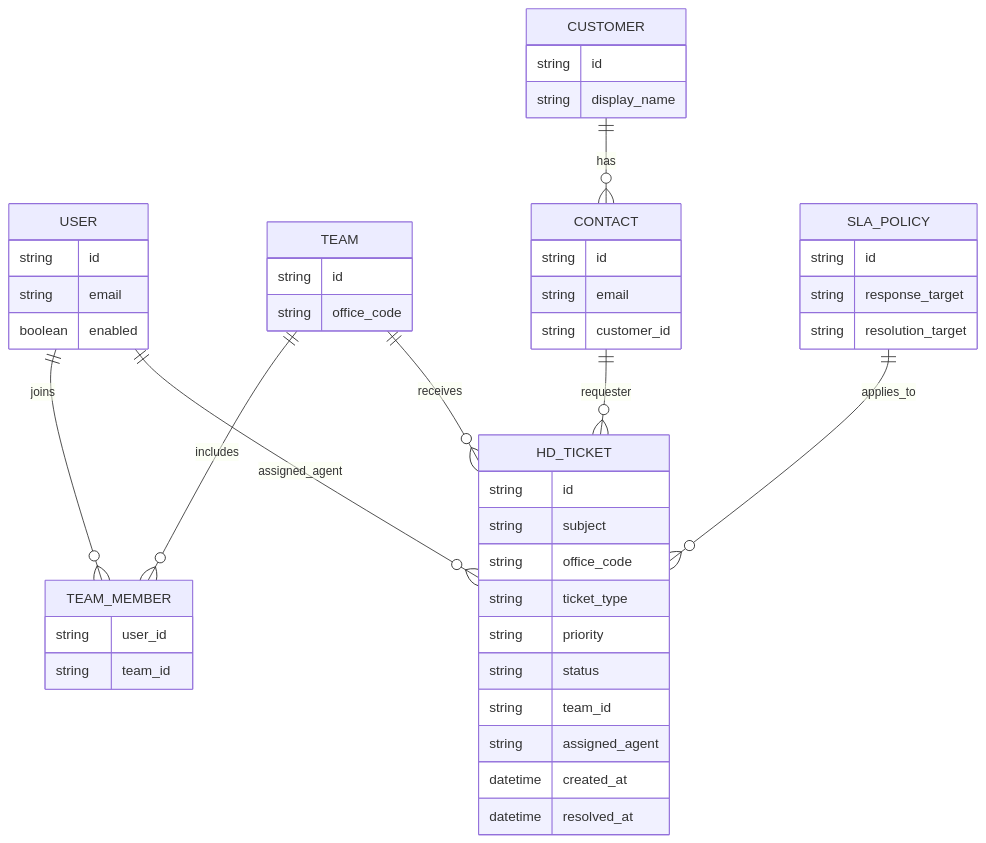
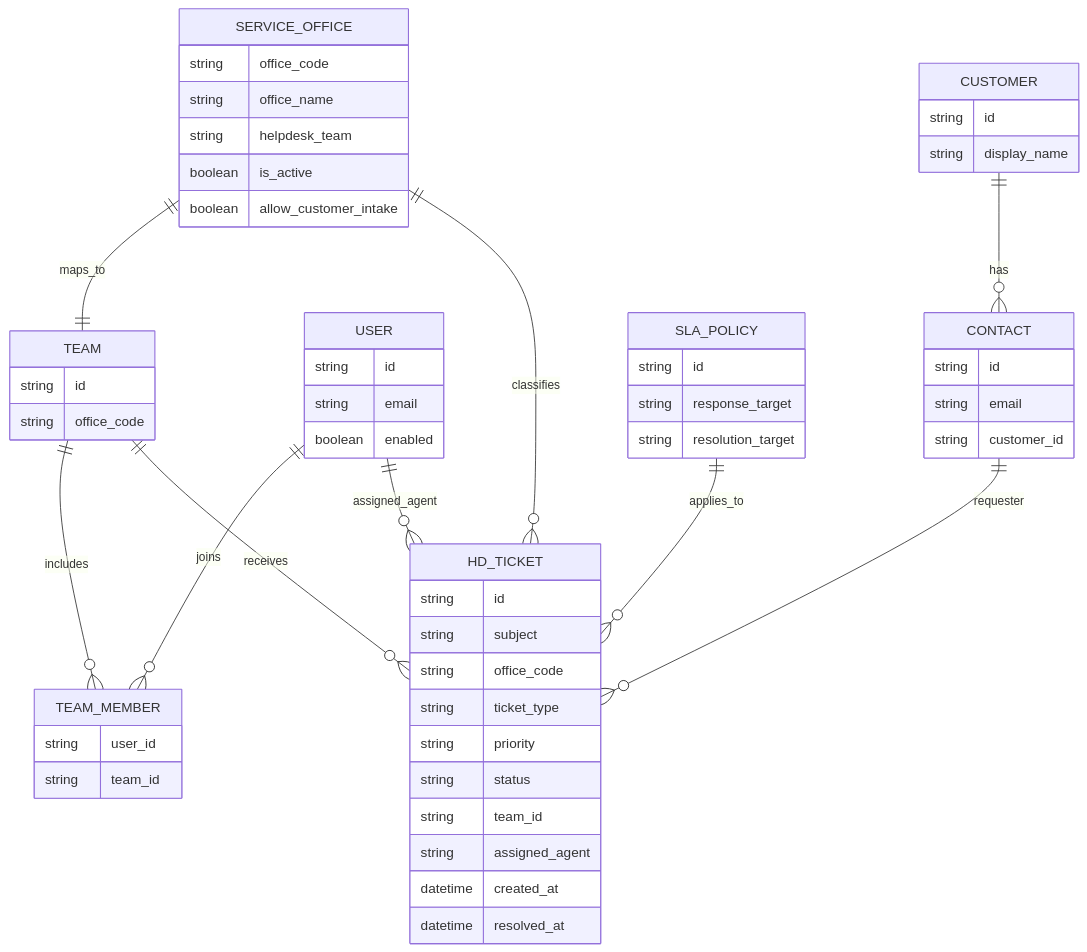
One commit to AgeReapor/cbsua-helpdesk-app changed the fifth of 6 diagrams in docs/architecture.md. Above: the diagram before and after it, drawn with Mermaid. The commit also changed other lines of this file and 14 other files, not shown here.

````diff
--- a/docs/architecture.md
+++ b/docs/architecture.md
@@ -155,50 +155,59 @@
 ```mermaid
 erDiagram
+    SERVICE_OFFICE ||--|| TEAM : maps_to
     USER ||--o{ TEAM_MEMBER : joins
     TEAM ||--o{ TEAM_MEMBER : includes
     TEAM ||--o{ HD_TICKET : receives
     USER ||--o{ HD_TICKET : assigned_agent
     CUSTOMER ||--o{ CONTACT : has
     CONTACT ||--o{ HD_TICKET : requester
     SLA_POLICY ||--o{ HD_TICKET : applies_to
+    SERVICE_OFFICE ||--o{ HD_TICKET : classifies
 
     USER {
         string id
         string email
         boolean enabled
     }
     TEAM {
         string id
         string office_code
     }
     TEAM_MEMBER {
         string user_id
         string team_id
     }
     CUSTOMER {
         string id
         string display_name
     }
     CONTACT {
         string id
         string email
         string customer_id
     }
     HD_TICKET {
         string id
         string subject
         string office_code
         string ticket_type
         string priority
         string status
         string team_id
         string assigned_agent
         datetime created_at
         datetime resolved_at
     }
     SLA_POLICY {
         string id
         string response_target
         string resolution_target
     }
+    SERVICE_OFFICE {
+        string office_code
+        string office_name
+        string helpdesk_team
+        boolean is_active
+        boolean allow_customer_intake
+    }
 ```
````
